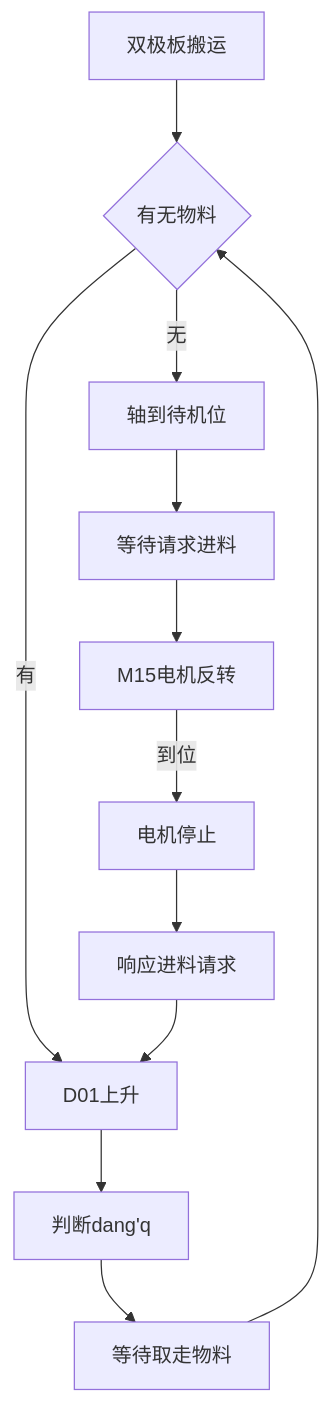
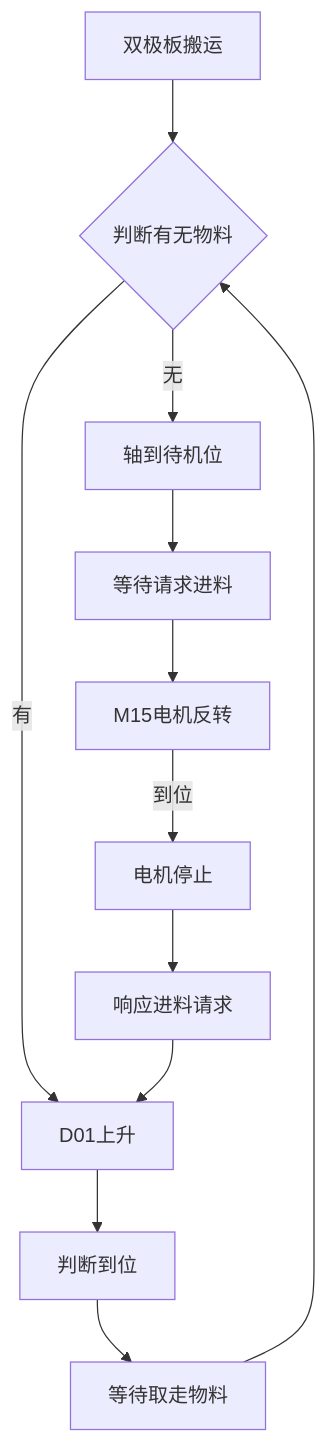
The diagram in all/未命名-1.md (PengKun1/iodraw-files), drawn with Mermaid before and after one commit.

Commit message:
2024-08-20 11:06:25 update

````diff
--- a/all/未命名-1.md
+++ b/all/未命名-1.md
@@ -1,14 +1,14 @@
 ```mermaid
 graph TD
 0[双极板搬运]-->10
-10{有无物料}-->|无|20
+10{判断有无物料}-->|无|20
 10-->|有|70
 20[轴到待机位]-->30
 30[等待请求进料]-->40
 40[M15电机反转]-->|到位|50
 50[电机停止]-->60
 60[响应进料请求]-->70
 70[D01上升]-->80
-80[判断dang'q]-->90
+80[判断到位]-->90
 90[等待取走物料]-->10
 ```
````
